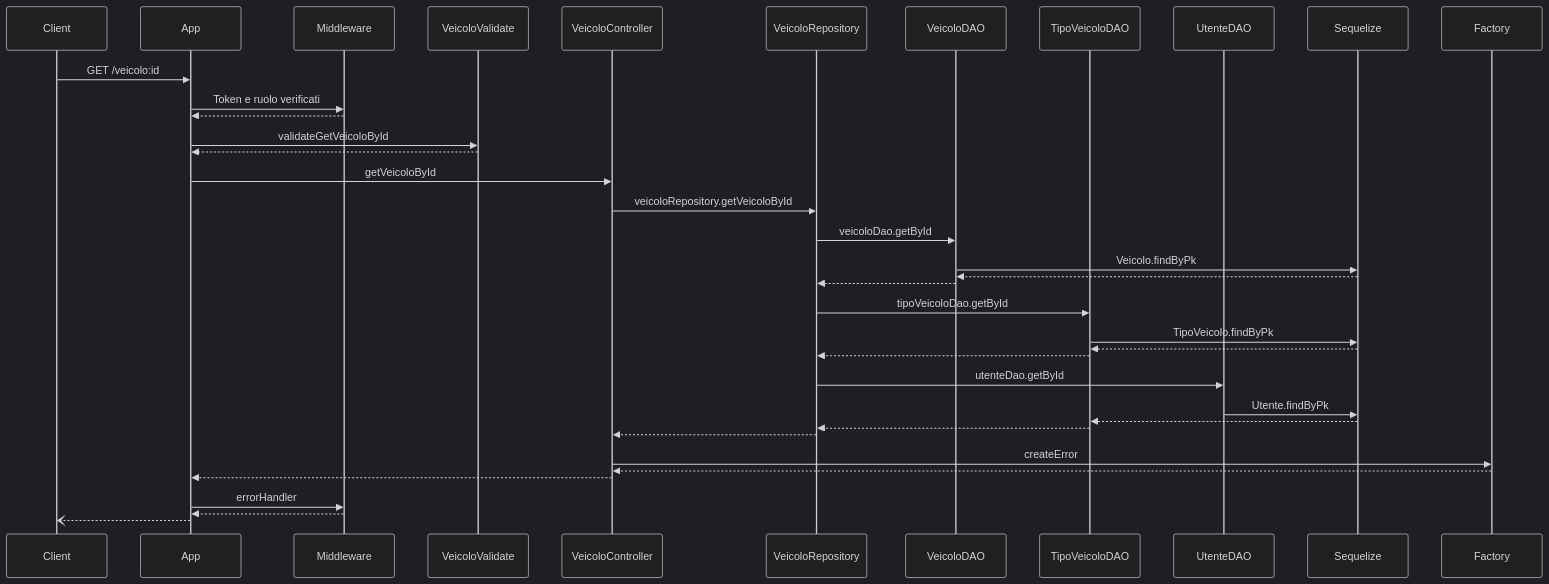
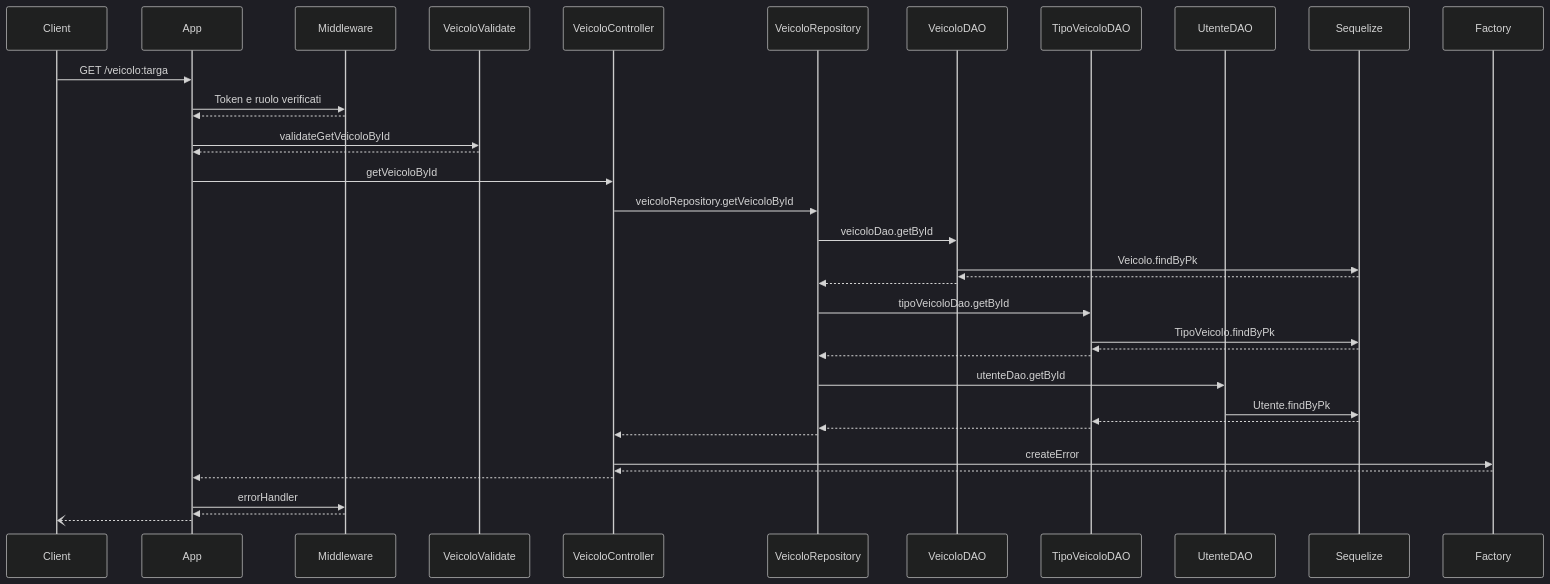
The fourth of 14 diagrams in README.md (MattSona99/ProgettoPA), drawn with Mermaid (dark theme) before and after one commit. The commit also changed other lines of this file and 1 other file, not shown here.

````diff
--- a/README.md
+++ b/README.md
@@ -274,41 +273,41 @@
 ```mermaid
   sequenceDiagram
   participant C as Client
   participant A as App
   participant M as Middleware
   participant V as VeicoloValidate
   participant CN as VeicoloController
   participant R as VeicoloRepository
   participant VD as VeicoloDAO
   participant TD as TipoVeicoloDAO
   participant UD as UtenteDAO
   participant S as Sequelize
   participant F as Factory
 
-  C ->> A: GET /veicolo:id
+  C ->> A: GET /veicolo:targa
   A ->> M: Token e ruolo verificati
   M -->> A: 
   A ->> V: validateGetVeicoloById
   V -->> A: 
   A ->> CN: getVeicoloById
   CN ->> R: veicoloRepository.getVeicoloById
   R ->> VD: veicoloDao.getById
   VD ->> S: Veicolo.findByPk
   S -->> VD: 
   VD -->> R: 
   R ->> TD: tipoVeicoloDao.getById
   TD ->> S: TipoVeicolo.findByPk
   S -->> TD: 
   TD -->> R: 
   R ->> UD: utenteDao.getById
   UD ->> S: Utente.findByPk
   S -->> TD: 
   TD -->> R: 
   R -->> CN: 
   CN ->> F: createError
   F -->> CN: 
   CN -->> A: 
   A ->> M: errorHandler
   M -->> A: 
   A --) C:  
 ```
````
